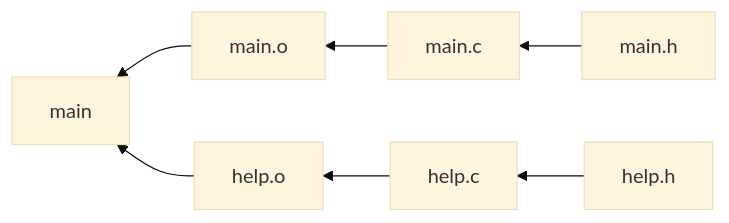
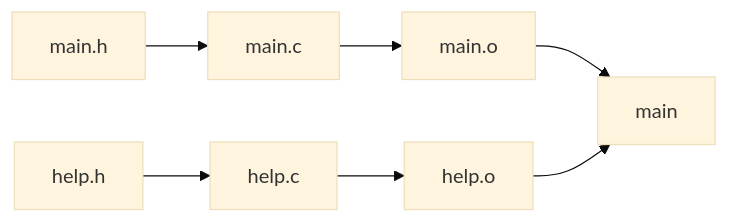
One commit to kohheekyung/kohheekyung.github.io changed the second of 2 diagrams in tab_develope/3DSlicer/file3.md. Above: the diagram before and after it, drawn with Mermaid (base theme).

````diff
--- a/tab_develope/3DSlicer/file3.md
+++ b/tab_develope/3DSlicer/file3.md
@@ -24,9 +24,9 @@
 ```mermaid
-graph RL
+graph LR
 A[main.h] --> B[main.c]
 C[help.h] --> D[help.c]
     B --> E[main.o]
     D --> F[help.o]
     E --> G[main]
     F --> G
 ```
````
